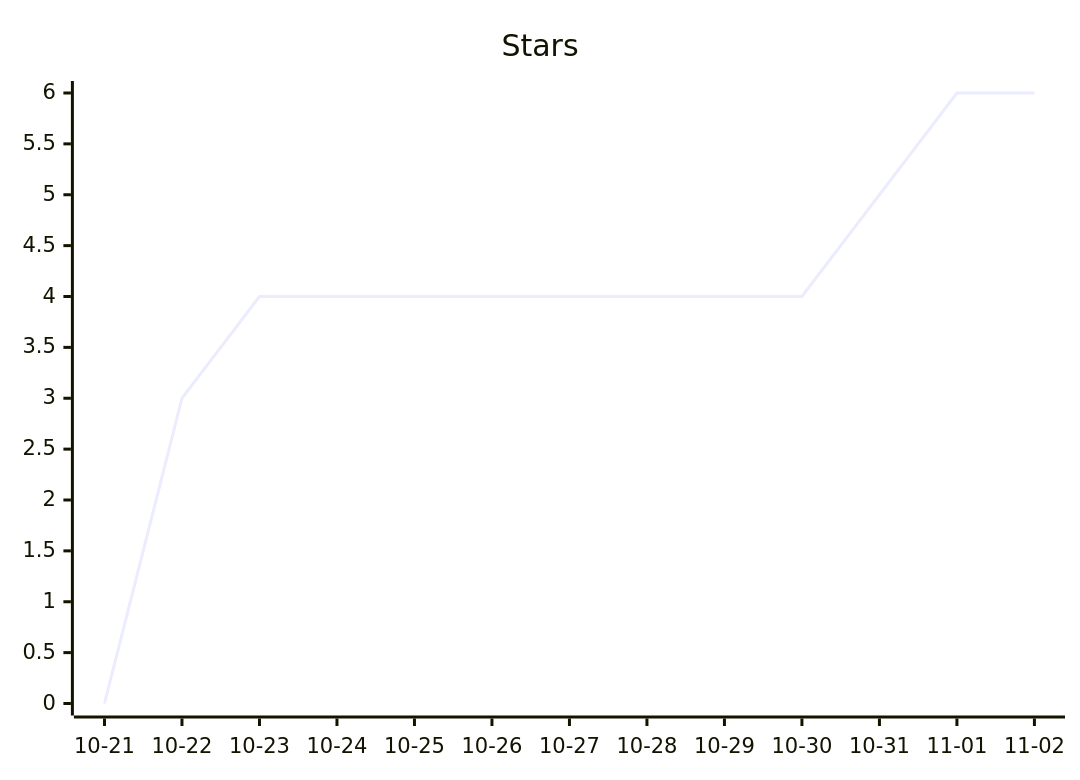
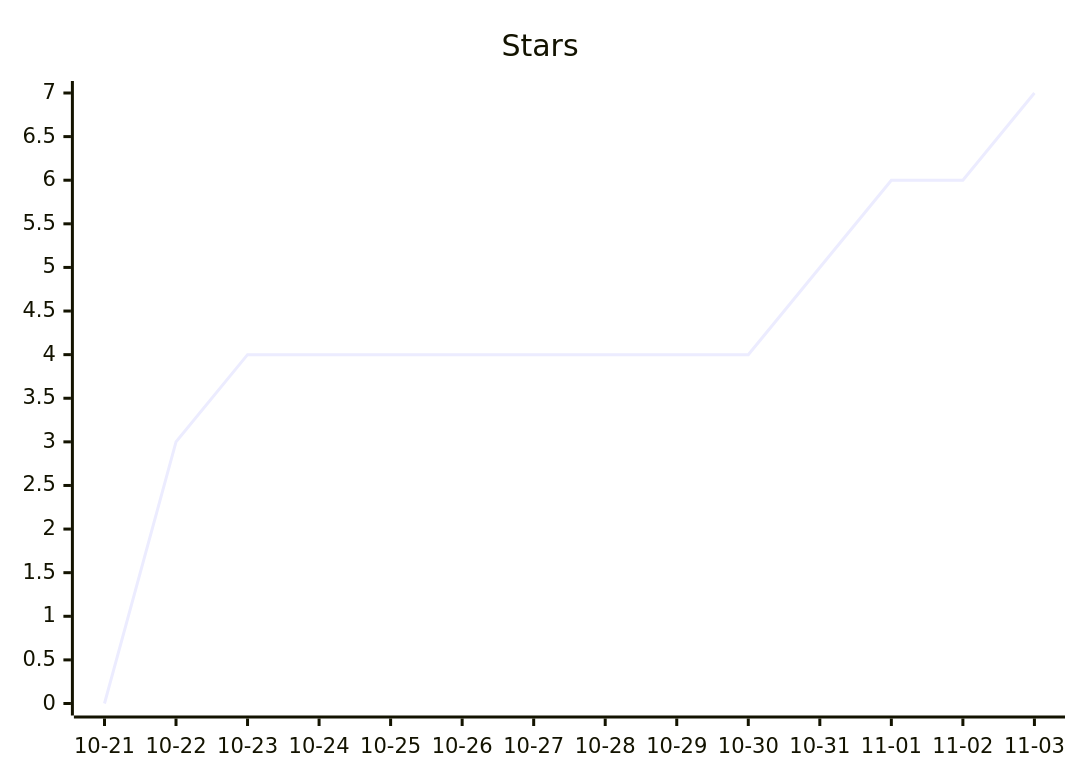
The second of 3 diagrams in README.md (ArtemkaGoldMan/ContextSwitcher), drawn with Mermaid before and after one commit. The commit also changed other lines of this file and 6 other files, not shown here.

````diff
--- a/README.md
+++ b/README.md
@@ -43,6 +43,6 @@
 ```mermaid
 xychart-beta
     title "Stars"
-    x-axis ["10-21", "10-22", "10-23", "10-24", "10-25", "10-26", "10-27", "10-28", "10-29", "10-30", "10-31", "11-01", "11-02"]
-    line [0, 3, 4, 4, 4, 4, 4, 4, 4, 4, 5, 6, 6]
+    x-axis ["10-21", "10-22", "10-23", "10-24", "10-25", "10-26", "10-27", "10-28", "10-29", "10-30", "10-31", "11-01", "11-02", "11-03"]
+    line [0, 3, 4, 4, 4, 4, 4, 4, 4, 4, 5, 6, 6, 7]
 ```
````
